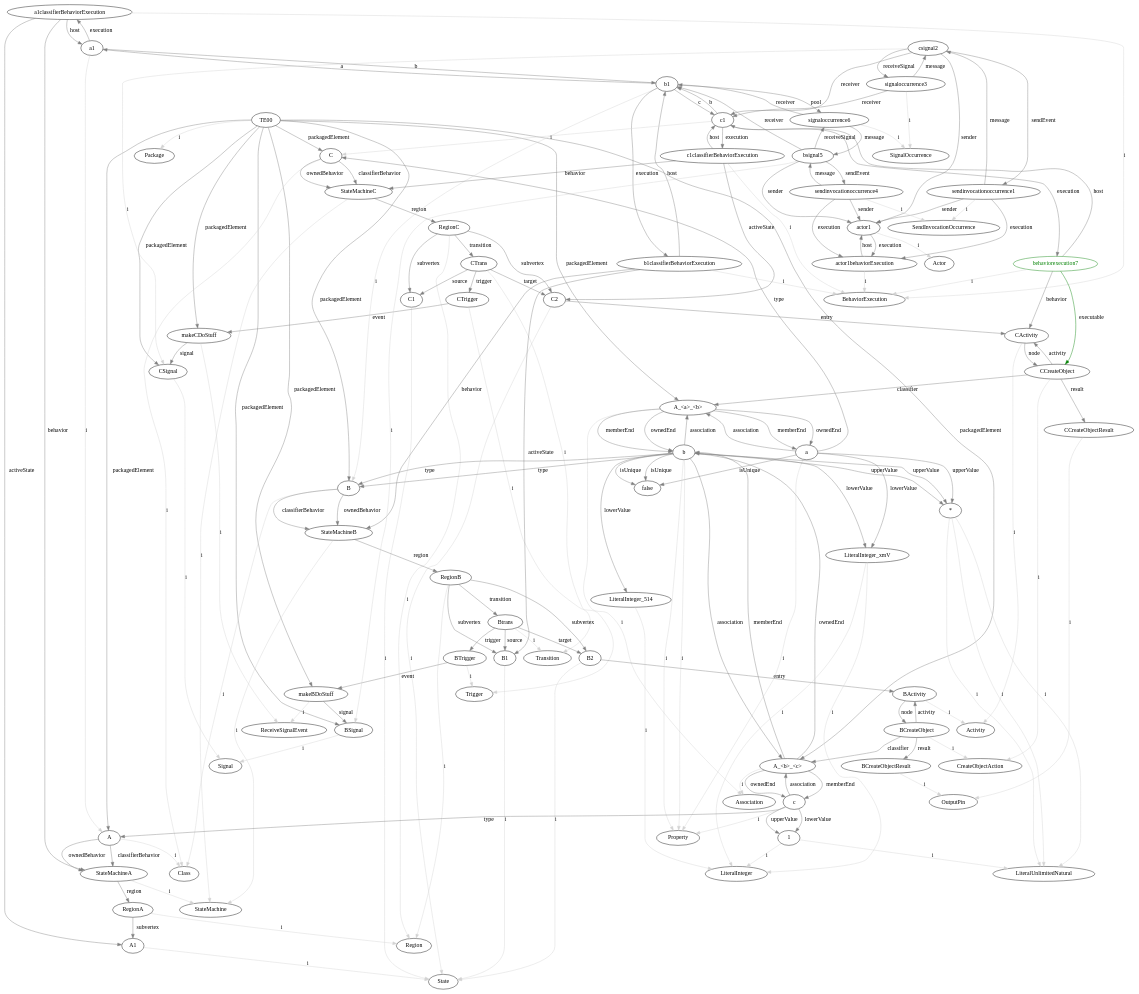
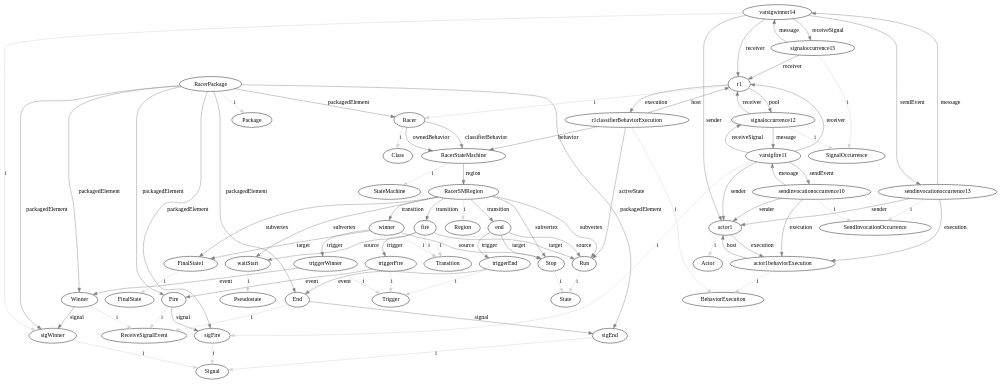
The diagram in GraphOutputs/state3.dot (luisneiva/graf-framework), drawn with Graphviz before and after one commit. The commit also changed 13 other files, not shown here.

```diff
--- a/GraphOutputs/state3.dot
+++ b/GraphOutputs/state3.dot
@@ -1,178 +1,89 @@
 digraph umlMetamodel {
-	"TE00" -> "Package" [label="i", color="lightgrey"]
-	"TE00" -> "C" [label="packagedElement", color="grey"]
-	"C" -> "Class" [label="i", color="lightgrey"]
-	"C" -> "StateMachineC" [label="classifierBehavior", color="grey"]
-	"C" -> "StateMachineC" [label="ownedBehavior", color="grey"]
-	"StateMachineC" -> "StateMachine" [label="i", color="lightgrey"]
-	"StateMachineC" -> "RegionC" [label="region", color="grey"]
-	"RegionC" -> "Region" [label="i", color="lightgrey"]
-	"RegionC" -> "C1" [label="subvertex", color="grey"]
-	"C1" -> "State" [label="i", color="lightgrey"]
-	"RegionC" -> "C2" [label="subvertex", color="grey"]
-	"C2" -> "State" [label="i", color="lightgrey"]
-	"C2" -> "CActivity" [label="entry", color="grey"]
-	"CActivity" -> "Activity" [label="i", color="lightgrey"]
-	"CActivity" -> "CCreateObject" [label="node", color="grey"]
-	"CCreateObject" -> "CActivity" [label="activity", color="grey"]
-	"CCreateObject" -> "CreateObjectAction" [label="i", color="lightgrey"]
-	"CCreateObject" -> "A_<a>_<b>" [label="classifier", color="grey"]
-	"CCreateObject" -> "CCreateObjectResult" [label="result", color="grey"]
-	"CCreateObjectResult" -> "OutputPin" [label="i", color="lightgrey"]
-	"RegionC" -> "CTrans" [label="transition", color="grey"]
-	"CTrans" -> "Transition" [label="i", color="lightgrey"]
-	"CTrans" -> "C1" [label="source", color="grey"]
-	"CTrans" -> "C2" [label="target", color="grey"]
-	"CTrans" -> "CTrigger" [label="trigger", color="grey"]
-	"CTrigger" -> "Trigger" [label="i", color="lightgrey"]
-	"CTrigger" -> "makeCDoStuff" [label="event", color="grey"]
-	"TE00" -> "B" [label="packagedElement", color="grey"]
-	"B" -> "Class" [label="i", color="lightgrey"]
-	"B" -> "StateMachineB" [label="classifierBehavior", color="grey"]
-	"B" -> "StateMachineB" [label="ownedBehavior", color="grey"]
-	"StateMachineB" -> "StateMachine" [label="i", color="lightgrey"]
-	"StateMachineB" -> "RegionB" [label="region", color="grey"]
-	"RegionB" -> "Region" [label="i", color="lightgrey"]
-	"RegionB" -> "B1" [label="subvertex", color="grey"]
-	"B1" -> "State" [label="i", color="lightgrey"]
-	"RegionB" -> "B2" [label="subvertex", color="grey"]
-	"B2" -> "State" [label="i", color="lightgrey"]
-	"B2" -> "BActivity" [label="entry", color="grey"]
-	"BActivity" -> "Activity" [label="i", color="lightgrey"]
-	"BActivity" -> "BCreateObject" [label="node", color="grey"]
-	"BCreateObject" -> "BActivity" [label="activity", color="grey"]
-	"BCreateObject" -> "CreateObjectAction" [label="i", color="lightgrey"]
-	"BCreateObject" -> "A_<b>_<c>" [label="classifier", color="grey"]
-	"BCreateObject" -> "BCreateObjectResult" [label="result", color="grey"]
-	"BCreateObjectResult" -> "OutputPin" [label="i", color="lightgrey"]
-	"RegionB" -> "Btrans" [label="transition", color="grey"]
-	"Btrans" -> "Transition" [label="i", color="lightgrey"]
-	"Btrans" -> "B1" [label="source", color="grey"]
-	"Btrans" -> "B2" [label="target", color="grey"]
-	"Btrans" -> "BTrigger" [label="trigger", color="grey"]
-	"BTrigger" -> "Trigger" [label="i", color="lightgrey"]
-	"BTrigger" -> "makeBDoStuff" [label="event", color="grey"]
-	"TE00" -> "A" [label="packagedElement", color="grey"]
-	"A" -> "Class" [label="i", color="lightgrey"]
-	"A" -> "StateMachineA" [label="classifierBehavior", color="grey"]
-	"A" -> "StateMachineA" [label="ownedBehavior", color="grey"]
-	"StateMachineA" -> "StateMachine" [label="i", color="lightgrey"]
-	"StateMachineA" -> "RegionA" [label="region", color="grey"]
-	"RegionA" -> "Region" [label="i", color="lightgrey"]
-	"RegionA" -> "A1" [label="subvertex", color="grey"]
-	"A1" -> "State" [label="i", color="lightgrey"]
-	"TE00" -> "A_<a>_<b>" [label="packagedElement", color="grey"]
-	"A_<a>_<b>" -> "Association" [label="i", color="lightgrey"]
-	"A_<a>_<b>" -> "a" [label="memberEnd", color="grey"]
-	"A_<a>_<b>" -> "b" [label="memberEnd", color="grey"]
-	"A_<a>_<b>" -> "a" [label="ownedEnd", color="grey"]
-	"a" -> "Property" [label="i", color="lightgrey"]
-	"a" -> "C" [label="type", color="grey"]
-	"a" -> "false" [label="isUnique", color="grey"]
-	"a" -> "A_<a>_<b>" [label="association", color="grey"]
-	"a" -> "*" [label="upperValue", color="grey"]
-	"*" -> "LiteralUnlimitedNatural" [label="i", color="lightgrey"]
-	"a" -> "LiteralInteger_xmV" [label="lowerValue", color="grey"]
-	"LiteralInteger_xmV" -> "LiteralInteger" [label="i", color="lightgrey"]
-	"A_<a>_<b>" -> "b" [label="ownedEnd", color="grey"]
-	"b" -> "Property" [label="i", color="lightgrey"]
-	"b" -> "B" [label="type", color="grey"]
-	"b" -> "false" [label="isUnique", color="grey"]
-	"b" -> "A_<a>_<b>" [label="association", color="grey"]
-	"b" -> "*" [label="upperValue", color="grey"]
-	"*" -> "LiteralUnlimitedNatural" [label="i", color="lightgrey"]
-	"b" -> "LiteralInteger_xmV" [label="lowerValue", color="grey"]
-	"LiteralInteger_xmV" -> "LiteralInteger" [label="i", color="lightgrey"]
-	"TE00" -> "A_<b>_<c>" [label="packagedElement", color="grey"]
-	"A_<b>_<c>" -> "Association" [label="i", color="lightgrey"]
-	"A_<b>_<c>" -> "b" [label="memberEnd", color="grey"]
-	"A_<b>_<c>" -> "c" [label="memberEnd", color="grey"]
-	"A_<b>_<c>" -> "b" [label="ownedEnd", color="grey"]
-	"b" -> "Property" [label="i", color="lightgrey"]
-	"b" -> "B" [label="type", color="grey"]
-	"b" -> "false" [label="isUnique", color="grey"]
-	"b" -> "A_<b>_<c>" [label="association", color="grey"]
-	"b" -> "*" [label="upperValue", color="grey"]
-	"*" -> "LiteralUnlimitedNatural" [label="i", color="lightgrey"]
-	"b" -> "LiteralInteger_514" [label="lowerValue", color="grey"]
-	"LiteralInteger_514" -> "LiteralInteger" [label="i", color="lightgrey"]
-	"A_<b>_<c>" -> "c" [label="ownedEnd", color="grey"]
-	"c" -> "Property" [label="i", color="lightgrey"]
-	"c" -> "A" [label="type", color="grey"]
-	"c" -> "A_<b>_<c>" [label="association", color="grey"]
-	"c" -> "1" [label="upperValue", color="grey"]
-	"1" -> "LiteralUnlimitedNatural" [label="i", color="lightgrey"]
-	"c" -> "1" [label="lowerValue", color="grey"]
-	"1" -> "LiteralInteger" [label="i", color="lightgrey"]
-	"TE00" -> "BSignal" [label="packagedElement", color="grey"]
-	"BSignal" -> "Signal" [label="i", color="lightgrey"]
-	"TE00" -> "makeBDoStuff" [label="packagedElement", color="grey"]
-	"makeBDoStuff" -> "ReceiveSignalEvent" [label="i", color="lightgrey"]
-	"makeBDoStuff" -> "BSignal" [label="signal", color="grey"]
-	"TE00" -> "CSignal" [label="packagedElement", color="grey"]
-	"CSignal" -> "Signal" [label="i", color="lightgrey"]
-	"TE00" -> "makeCDoStuff" [label="packagedElement", color="grey"]
-	"makeCDoStuff" -> "ReceiveSignalEvent" [label="i", color="lightgrey"]
-	"makeCDoStuff" -> "CSignal" [label="signal", color="grey"]
-	"a1" -> "A" [label="i", color="lightgrey"]
-	"a1classifierBehaviorExecution" -> "BehaviorExecution" [label="i", color="lightgrey"]
-	"a1" -> "a1classifierBehaviorExecution" [label="execution", color="grey"]
-	"a1classifierBehaviorExecution" -> "a1" [label="host", color="grey"]
-	"a1classifierBehaviorExecution" -> "StateMachineA" [label="behavior", color="grey"]
-	"a1classifierBehaviorExecution" -> "A1" [label="activeState", color="grey"]
-	"b1" -> "B" [label="i", color="lightgrey"]
-	"b1classifierBehaviorExecution" -> "BehaviorExecution" [label="i", color="lightgrey"]
-	"b1" -> "b1classifierBehaviorExecution" [label="execution", color="grey"]
-	"b1classifierBehaviorExecution" -> "b1" [label="host", color="grey"]
-	"b1classifierBehaviorExecution" -> "StateMachineB" [label="behavior", color="grey"]
-	"b1classifierBehaviorExecution" -> "B1" [label="activeState", color="grey"]
-	"c1" -> "C" [label="i", color="lightgrey"]
-	"c1" -> "c1classifierBehaviorExecution" [label="execution", color="grey"]
-	"c1classifierBehaviorExecution" -> "c1" [label="host", color="grey"]
-	"c1classifierBehaviorExecution" -> "StateMachineC" [label="behavior", color="grey"]
-	"a1" -> "b1" [label="b", color="grey"]
-	"b1" -> "a1" [label="a", color="grey"]
-	"b1" -> "c1" [label="c", color="grey"]
-	"c1" -> "b1" [label="b", color="grey"]
+	"RacerPackage" -> "Package" [label="i", color="lightgrey"]
+	"RacerPackage" -> "Racer" [label="packagedElement", color="grey"]
+	"Racer" -> "Class" [label="i", color="lightgrey"]
+	"Racer" -> "RacerStateMachine" [label="classifierBehavior", color="grey"]
+	"Racer" -> "RacerStateMachine" [label="ownedBehavior", color="grey"]
+	"RacerStateMachine" -> "StateMachine" [label="i", color="lightgrey"]
+	"RacerStateMachine" -> "RacerSMRegion" [label="region", color="grey"]
+	"RacerSMRegion" -> "Region" [label="i", color="lightgrey"]
+	"RacerSMRegion" -> "waitStart" [label="subvertex", color="grey"]
+	"waitStart" -> "Pseudostate" [label="i", color="lightgrey"]
+	"RacerSMRegion" -> "Run" [label="subvertex", color="grey"]
+	"Run" -> "State" [label="i", color="lightgrey"]
+	"RacerSMRegion" -> "Stop" [label="subvertex", color="grey"]
+	"Stop" -> "State" [label="i", color="lightgrey"]
+	"RacerSMRegion" -> "FinalState1" [label="subvertex", color="grey"]
+	"FinalState1" -> "FinalState" [label="i", color="lightgrey"]
+	"RacerSMRegion" -> "fire" [label="transition", color="grey"]
+	"fire" -> "Transition" [label="i", color="lightgrey"]
+	"fire" -> "waitStart" [label="source", color="grey"]
+	"fire" -> "Run" [label="target", color="grey"]
+	"fire" -> "triggerFire" [label="trigger", color="grey"]
+	"triggerFire" -> "Trigger" [label="i", color="lightgrey"]
+	"triggerFire" -> "Fire" [label="event", color="grey"]
+	"RacerSMRegion" -> "end" [label="transition", color="grey"]
+	"end" -> "Transition" [label="i", color="lightgrey"]
+	"end" -> "Run" [label="source", color="grey"]
+	"end" -> "Stop" [label="target", color="grey"]
+	"end" -> "triggerEnd" [label="trigger", color="grey"]
+	"triggerEnd" -> "Trigger" [label="i", color="lightgrey"]
+	"triggerEnd" -> "End" [label="event", color="grey"]
+	"RacerSMRegion" -> "winner" [label="transition", color="grey"]
+	"winner" -> "Transition" [label="i", color="lightgrey"]
+	"winner" -> "Stop" [label="source", color="grey"]
+	"winner" -> "FinalState1" [label="target", color="grey"]
+	"winner" -> "triggerWinner" [label="trigger", color="grey"]
+	"triggerWinner" -> "Trigger" [label="i", color="lightgrey"]
+	"triggerWinner" -> "Winner" [label="event", color="grey"]
+	"RacerPackage" -> "sigFire" [label="packagedElement", color="grey"]
+	"sigFire" -> "Signal" [label="i", color="lightgrey"]
+	"RacerPackage" -> "Fire" [label="packagedElement", color="grey"]
+	"Fire" -> "ReceiveSignalEvent" [label="i", color="lightgrey"]
+	"Fire" -> "sigFire" [label="signal", color="grey"]
+	"RacerPackage" -> "sigEnd" [label="packagedElement", color="grey"]
+	"sigEnd" -> "Signal" [label="i", color="lightgrey"]
+	"RacerPackage" -> "End" [label="packagedElement", color="grey"]
+	"End" -> "ReceiveSignalEvent" [label="i", color="lightgrey"]
+	"End" -> "sigEnd" [label="signal", color="grey"]
+	"RacerPackage" -> "sigWinner" [label="packagedElement", color="grey"]
+	"sigWinner" -> "Signal" [label="i", color="lightgrey"]
+	"RacerPackage" -> "Winner" [label="packagedElement", color="grey"]
+	"Winner" -> "ReceiveSignalEvent" [label="i", color="lightgrey"]
+	"Winner" -> "sigWinner" [label="signal", color="grey"]
+	"r1" -> "Racer" [label="i", color="lightgrey"]
+	"r1classifierBehaviorExecution" -> "BehaviorExecution" [label="i", color="lightgrey"]
+	"r1" -> "r1classifierBehaviorExecution" [label="execution", color="grey"]
+	"r1classifierBehaviorExecution" -> "r1" [label="host", color="grey"]
+	"r1classifierBehaviorExecution" -> "RacerStateMachine" [label="behavior", color="grey"]
+	"r1classifierBehaviorExecution" -> "Run" [label="activeState", color="grey"]
 	"actor1" -> "Actor" [label="i", color="lightgrey"]
 	"actor1behaviorExecution" -> "BehaviorExecution" [label="i", color="lightgrey"]
 	"actor1" -> "actor1behaviorExecution" [label="execution", color="grey"]
 	"actor1behaviorExecution" -> "actor1" [label="host", color="grey"]
-	"sendinvocationoccurrence1" -> "SendInvocationOccurrence" [label="i", color="lightgrey"]
-	"sendinvocationoccurrence1" -> "csignal2" [label="message", color="grey"]
-	"csignal2" -> "sendinvocationoccurrence1" [label="sendEvent", color="grey"]
-	"csignal2" -> "signaloccurrence3" [label="receiveSignal", color="grey"]
-	"signaloccurrence3" -> "csignal2" [label="message", color="grey"]
-	"signaloccurrence3" -> "SignalOccurrence" [label="i", color="lightgrey"]
-	"csignal2" -> "CSignal" [label="i", color="lightgrey"]
-	"signaloccurrence3" -> "c1" [label="receiver", color="grey"]
-	"csignal2" -> "actor1" [label="sender", color="grey"]
-	"sendinvocationoccurrence1" -> "actor1" [label="sender", color="grey"]
-	"csignal2" -> "c1" [label="receiver", color="grey"]
-	"sendinvocationoccurrence1" -> "actor1behaviorExecution" [label="execution", color="grey"]
-	"sendinvocationoccurrence4" -> "SendInvocationOccurrence" [label="i", color="lightgrey"]
-	"sendinvocationoccurrence4" -> "bsignal5" [label="message", color="grey"]
-	"bsignal5" -> "sendinvocationoccurrence4" [label="sendEvent", color="grey"]
-	"bsignal5" -> "signaloccurrence6" [label="receiveSignal", color="grey"]
-	"signaloccurrence6" -> "bsignal5" [label="message", color="grey"]
-	"signaloccurrence6" -> "SignalOccurrence" [label="i", color="lightgrey"]
-	"bsignal5" -> "BSignal" [label="i", color="lightgrey"]
-	"signaloccurrence6" -> "b1" [label="receiver", color="grey"]
-	"b1" -> "signaloccurrence6" [label="pool", color="grey"]
-	"bsignal5" -> "actor1" [label="sender", color="grey"]
-	"sendinvocationoccurrence4" -> "actor1" [label="sender", color="grey"]
-	"bsignal5" -> "b1" [label="receiver", color="grey"]
-	"sendinvocationoccurrence4" -> "actor1behaviorExecution" [label="execution", color="grey"]
-	"c1classifierBehaviorExecution" -> "C2" [label="activeState", color="grey"]
-	"behaviorexecution7" -> "CActivity" [label="behavior", color="grey"]
-	"behaviorexecution7" [color="green", fontcolor="green"]
-	"behaviorexecution7" -> "BehaviorExecution" [label="i", color="lightgrey"]
-	"behaviorexecution7" [color="green", fontcolor="green"]
-	"behaviorexecution7" -> "c1" [label="host", color="grey"]
-	"behaviorexecution7" [color="green", fontcolor="green"]
-	"c1" -> "behaviorexecution7" [label="execution", color="grey"]
-	"behaviorexecution7" [color="green", fontcolor="green"]
-	"c1classifierBehaviorExecution" -> "BehaviorExecution" [label="i", color="lightgrey"]
-	"behaviorexecution7" -> "CCreateObject" [label="executable", color="green"]
-	"behaviorexecution7" [color="green", fontcolor="green"]
+	"sendinvocationoccurrence10" -> "SendInvocationOccurrence" [label="i", color="lightgrey"]
+	"sendinvocationoccurrence10" -> "varsigfire11" [label="message", color="grey"]
+	"varsigfire11" -> "sendinvocationoccurrence10" [label="sendEvent", color="grey"]
+	"varsigfire11" -> "signaloccurrence12" [label="receiveSignal", color="grey"]
+	"signaloccurrence12" -> "varsigfire11" [label="message", color="grey"]
+	"signaloccurrence12" -> "SignalOccurrence" [label="i", color="lightgrey"]
+	"varsigfire11" -> "sigFire" [label="i", color="lightgrey"]
+	"signaloccurrence12" -> "r1" [label="receiver", color="grey"]
+	"r1" -> "signaloccurrence12" [label="pool", color="grey"]
+	"varsigfire11" -> "actor1" [label="sender", color="grey"]
+	"sendinvocationoccurrence10" -> "actor1" [label="sender", color="grey"]
+	"varsigfire11" -> "r1" [label="receiver", color="grey"]
+	"sendinvocationoccurrence10" -> "actor1behaviorExecution" [label="execution", color="grey"]
+	"sendinvocationoccurrence13" -> "SendInvocationOccurrence" [label="i", color="lightgrey"]
+	"sendinvocationoccurrence13" -> "varsigwinner14" [label="message", color="grey"]
+	"varsigwinner14" -> "sendinvocationoccurrence13" [label="sendEvent", color="grey"]
+	"varsigwinner14" -> "signaloccurrence15" [label="receiveSignal", color="grey"]
+	"signaloccurrence15" -> "varsigwinner14" [label="message", color="grey"]
+	"signaloccurrence15" -> "SignalOccurrence" [label="i", color="lightgrey"]
+	"varsigwinner14" -> "sigWinner" [label="i", color="lightgrey"]
+	"signaloccurrence15" -> "r1" [label="receiver", color="grey"]
+	"varsigwinner14" -> "actor1" [label="sender", color="grey"]
+	"sendinvocationoccurrence13" -> "actor1" [label="sender", color="grey"]
+	"varsigwinner14" -> "r1" [label="receiver", color="grey"]
+	"sendinvocationoccurrence13" -> "actor1behaviorExecution" [label="execution", color="grey"]
 }
```
